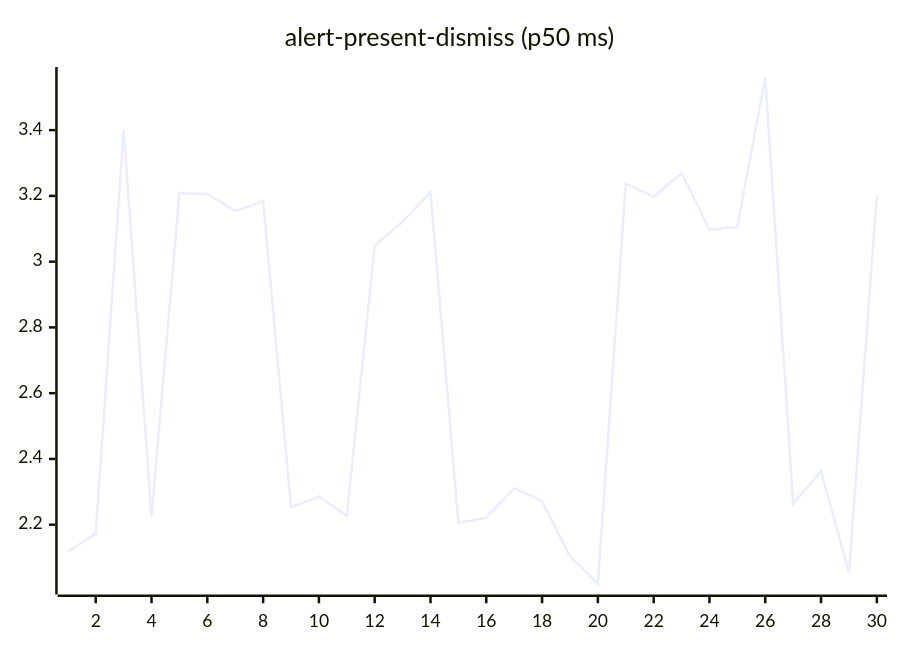
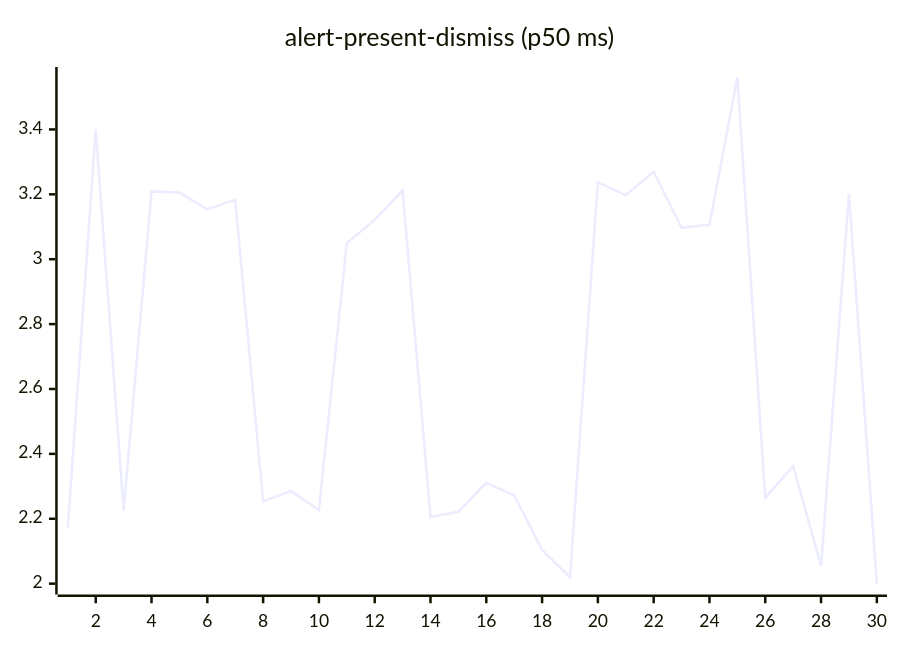
Before and after one commit to josha/Facet: the second of 27 diagrams in README.md, drawn with Mermaid. The commit also changed other lines of this file and 2 other files, not shown here.

````diff
--- a/README.md
+++ b/README.md
@@ -70,6 +70,6 @@
 ```mermaid
 xychart-beta
     title "alert-present-dismiss (p50 ms)"
     x-axis 1 --> 30
-    line [2.1177, 2.1729, 3.4006, 2.2253, 3.2090, 3.2058, 3.1536, 3.1837, 2.2536, 2.2857, 2.2272, 3.0496, 3.1212, 3.2117, 2.2054, 2.2216, 2.3109, 2.2722, 2.1040, 2.0200, 3.2371, 3.1976, 3.2697, 3.0970, 3.1061, 3.5597, 2.2642, 2.3626, 2.0543, 3.2013]
+    line [2.1729, 3.4006, 2.2253, 3.2090, 3.2058, 3.1536, 3.1837, 2.2536, 2.2857, 2.2272, 3.0496, 3.1212, 3.2117, 2.2054, 2.2216, 2.3109, 2.2722, 2.1040, 2.0200, 3.2371, 3.1976, 3.2697, 3.0970, 3.1061, 3.5597, 2.2642, 2.3626, 2.0543, 3.2013, 1.9993]
 ```
````
